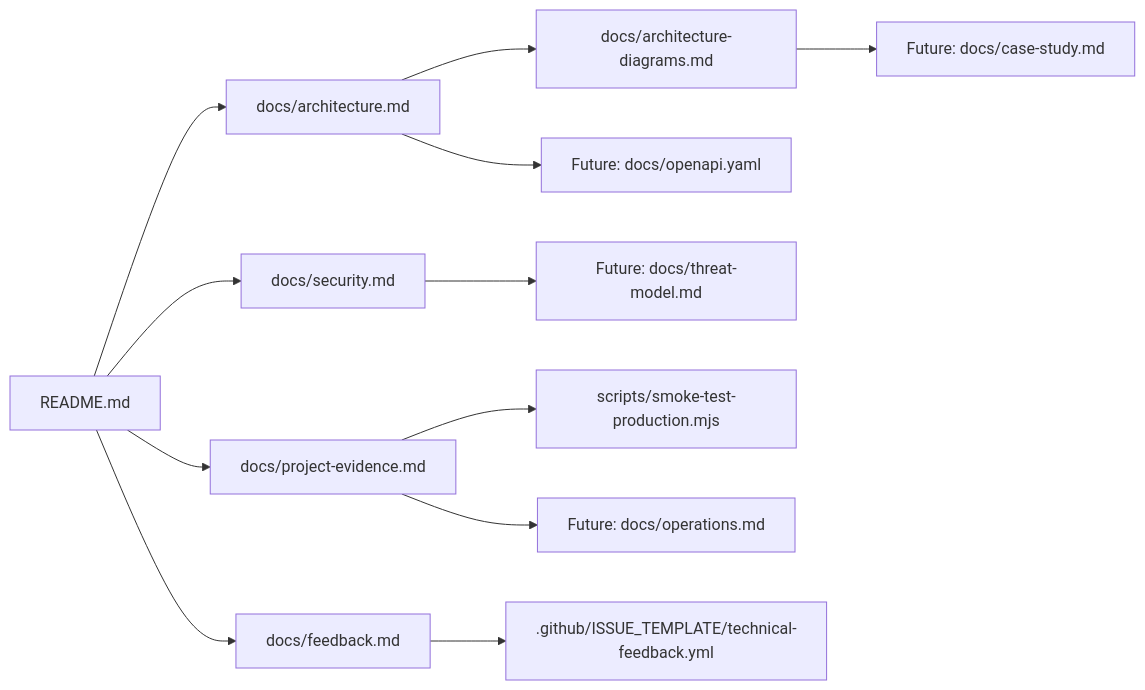
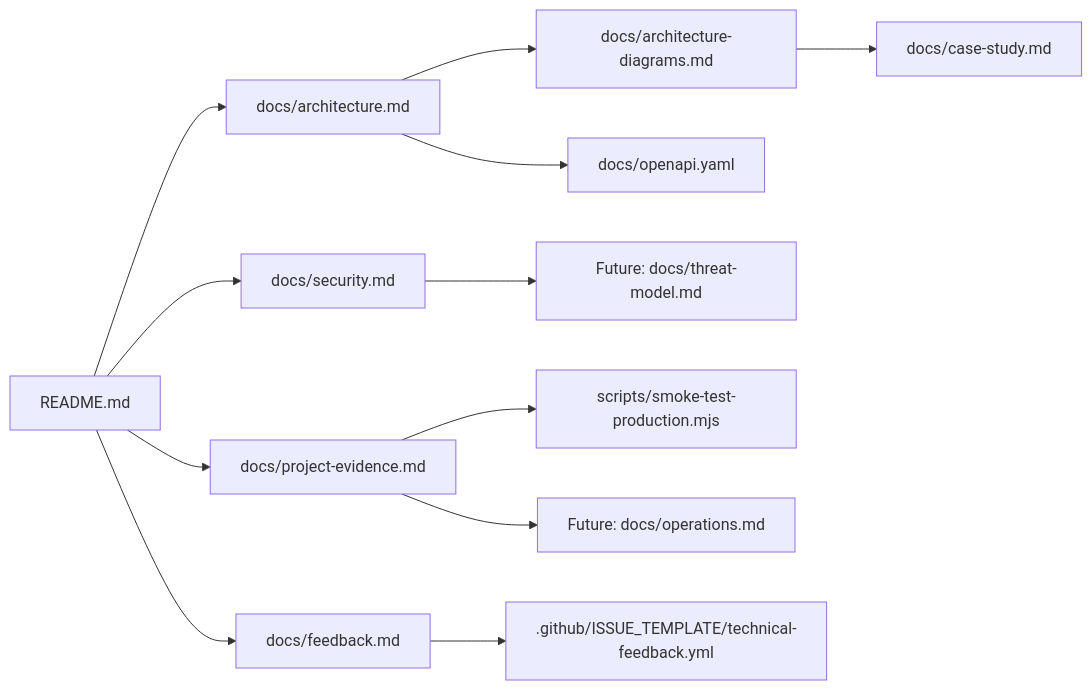
One commit to BlockShield-Systems/swiss-market-dashboard changed the tenth of 10 diagrams in docs/architecture-diagrams.md. Above: the diagram before and after it, drawn with Mermaid. The commit also changed 3 other files, not shown here.

Commit message:
Document public API with OpenAPI

````diff
--- a/docs/architecture-diagrams.md
+++ b/docs/architecture-diagrams.md
@@ -435,16 +435,16 @@
 ```mermaid
 flowchart LR
   Readme["README.md"] --> Architecture["docs/architecture.md"]
   Readme --> Security["docs/security.md"]
   Readme --> Evidence["docs/project-evidence.md"]
   Readme --> Feedback["docs/feedback.md"]
 
   Architecture --> Diagrams["docs/architecture-diagrams.md"]
   Security --> ThreatModel["Future: docs/threat-model.md"]
   Evidence --> Smoke["scripts/smoke-test-production.mjs"]
   Feedback --> IssueTemplate[".github/ISSUE_TEMPLATE/technical-feedback.yml"]
 
-  Diagrams --> CaseStudy["Future: docs/case-study.md"]
-  Architecture --> OpenApi["Future: docs/openapi.yaml"]
+  Diagrams --> CaseStudy["docs/case-study.md"]
+  Architecture --> OpenApi["docs/openapi.yaml"]
   Evidence --> Operations["Future: docs/operations.md"]
 ```
````
